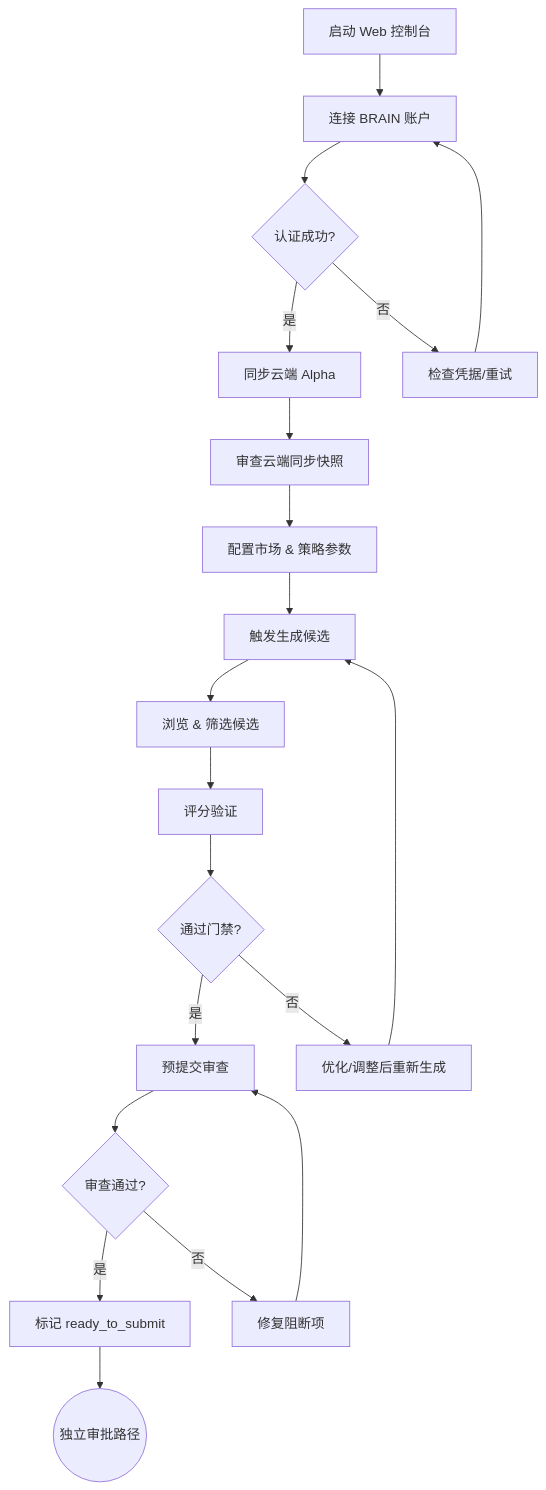
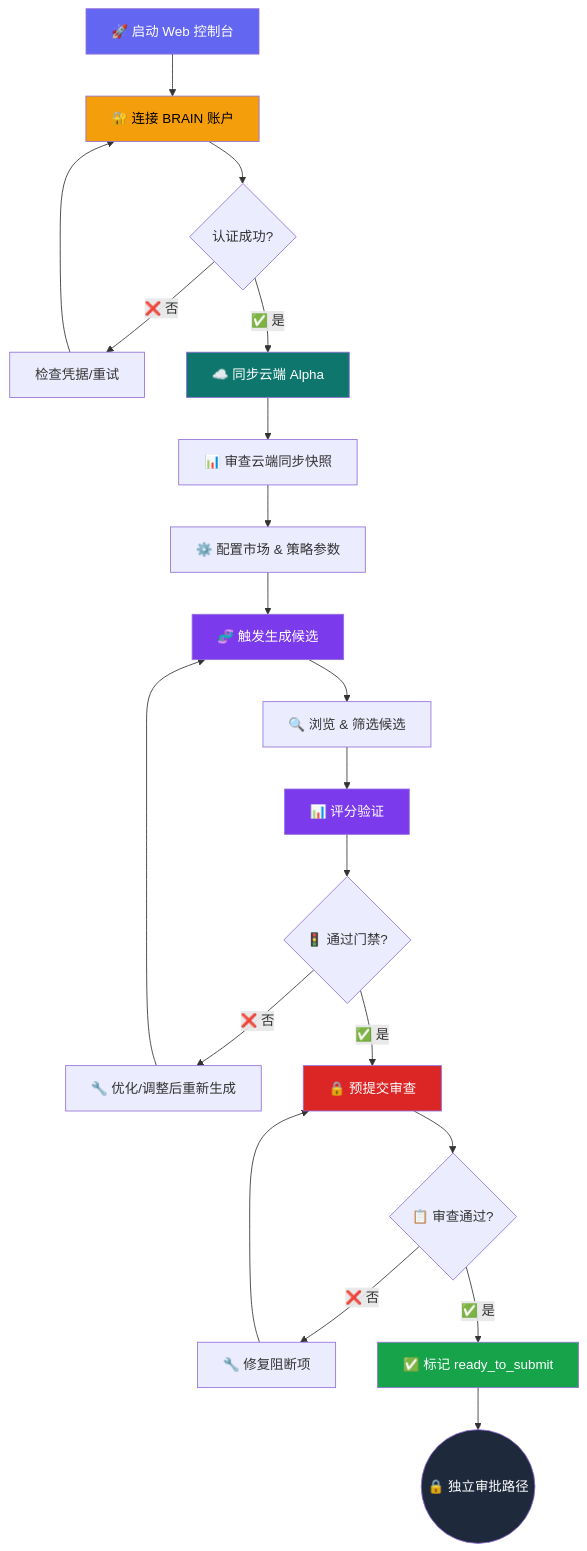
The second of 3 diagrams in README.md (qq547820639/WorldQuant-BRAIN-Alpha), drawn with Mermaid before and after one commit. The commit also changed other lines of this file, not shown here.

````diff
--- a/README.md
+++ b/README.md
@@ -381,22 +573,31 @@
 ```mermaid
 flowchart TD
-    A[启动 Web 控制台] --> B[连接 BRAIN 账户]
+    A[🚀 启动 Web 控制台] --> B[🔐 连接 BRAIN 账户]
     B --> C{认证成功?}
-    C -- 是 --> D[同步云端 Alpha]
-    C -- 否 --> E[检查凭据/重试]
-    E --> B
-    D --> F[审查云端同步快照]
-    F --> G[配置市场 & 策略参数]
-    G --> H[触发生成候选]
-    H --> I[浏览 & 筛选候选]
-    I --> J[评分验证]
-    J --> K{通过门禁?}
-    K -- 是 --> L[预提交审查]
-    K -- 否 --> M[优化/调整后重新生成]
-    M --> H
-    L --> N{审查通过?}
-    N -- 是 --> O[标记 ready_to_submit]
-    N -- 否 --> P[修复阻断项]
-    P --> L
-    O --> Q((独立审批路径))
+    C -- ❌ 否 --> D[检查凭据/重试]
+    D --> B
+    C -- ✅ 是 --> E[☁️ 同步云端 Alpha]
+    E --> F[📊 审查云端同步快照]
+    F --> G[⚙️ 配置市场 & 策略参数]
+    G --> H[🧬 触发生成候选]
+    H --> I[🔍 浏览 & 筛选候选]
+    I --> J[📊 评分验证]
+    J --> K{🚦 通过门禁?}
+    K -- ❌ 否 --> L[🔧 优化/调整后重新生成]
+    L --> H
+    K -- ✅ 是 --> M[🔒 预提交审查]
+    M --> N{📋 审查通过?}
+    N -- ❌ 否 --> O[🔧 修复阻断项]
+    O --> M
+    N -- ✅ 是 --> P[✅ 标记 ready_to_submit]
+    P --> Q((🔒 独立审批路径))
+
+    style A fill:#6366F1,color:#fff
+    style B fill:#f59e0b,color:#000
+    style E fill:#0F766E,color:#fff
+    style H fill:#7c3aed,color:#fff
+    style J fill:#7c3aed,color:#fff
+    style M fill:#dc2626,color:#fff
+    style P fill:#16a34a,color:#fff
+    style Q fill:#1e293b,color:#fff
 ```
````
